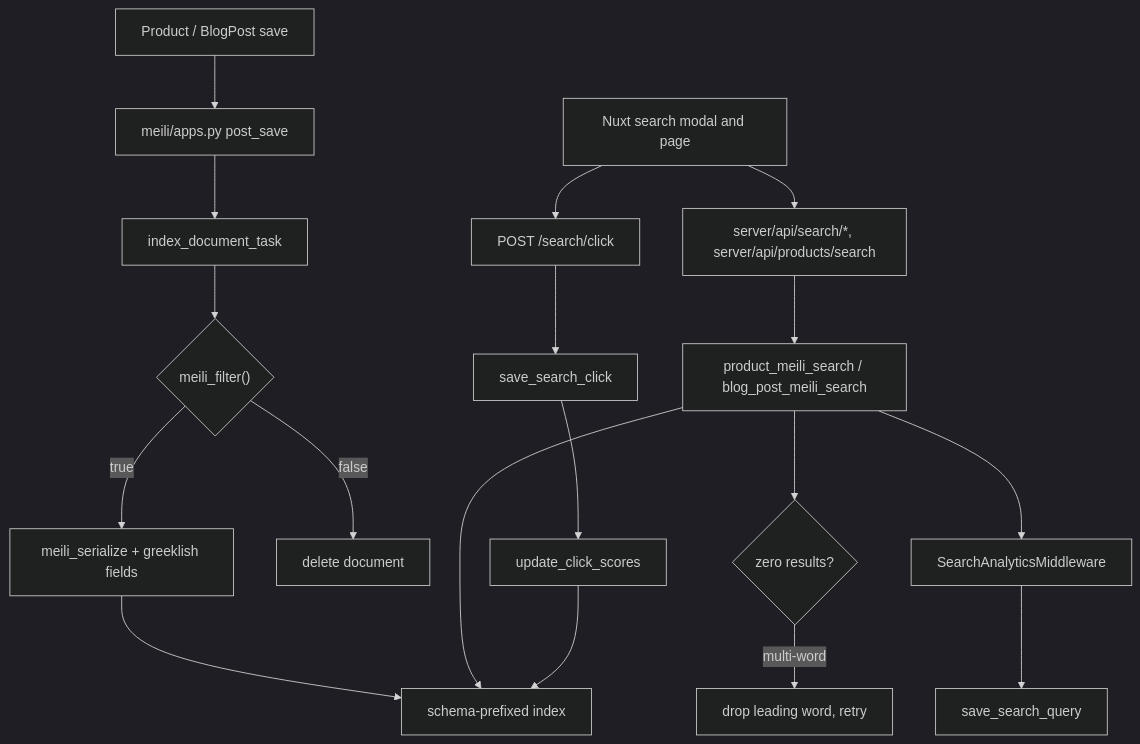
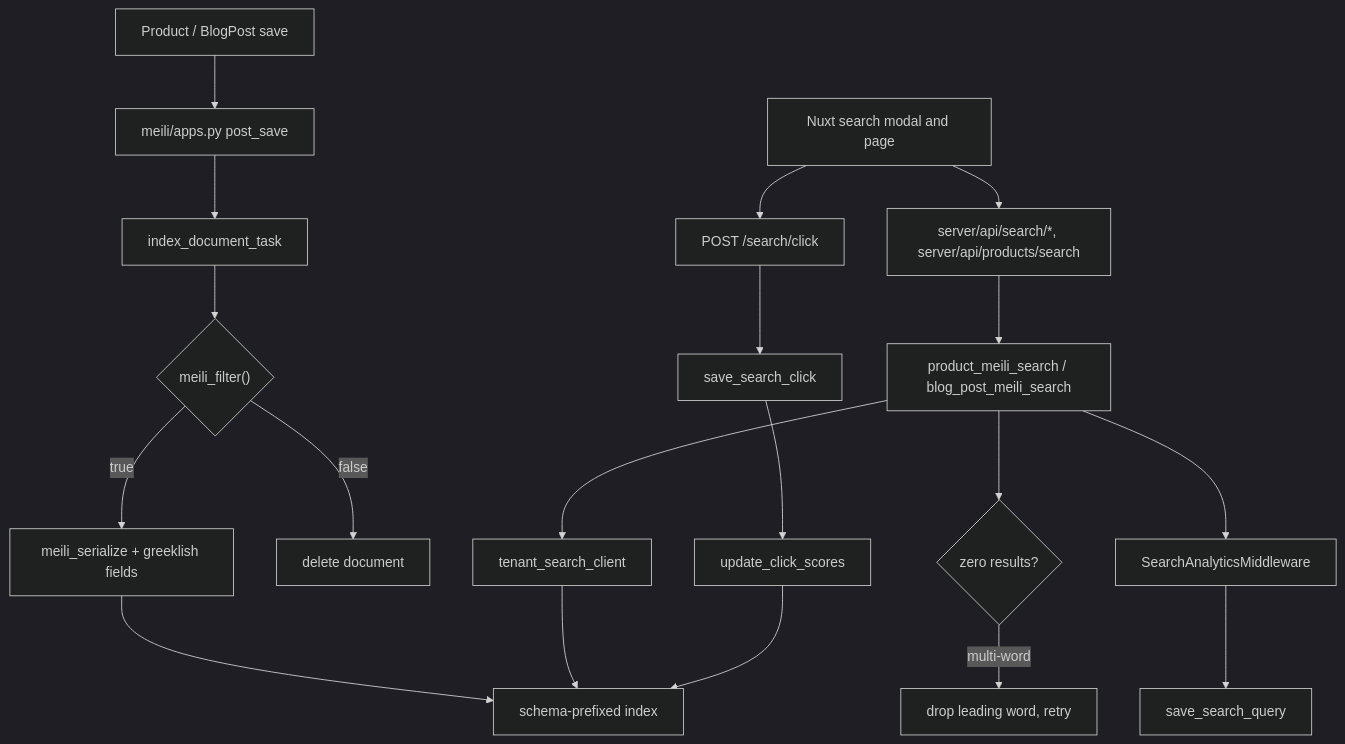
The diagram in src/dev/flows/search.md (vasilistotskas/grooveshop-docs), drawn with Mermaid (dark theme) before and after one commit. The commit also changed other lines of this file, not shown here.

First line of the commit message:
docs(dev): product and blog search read through the tenant token

````diff
--- a/src/dev/flows/search.md
+++ b/src/dev/flows/search.md
@@ -21,21 +21,22 @@
 ```mermaid
 flowchart TD
   Save["Product / BlogPost save"] --> Sig["meili/apps.py post_save"]
   Sig --> Task["index_document_task"]
   Task --> Filt{"meili_filter()"}
   Filt -- "true" --> Ser["meili_serialize + greeklish fields"]
   Filt -- "false" --> Del["delete document"]
   Ser --> Idx["schema-prefixed index"]
 
   UI["Nuxt search modal and page"] --> NR["server/api/search/*, server/api/products/search"]
   NR --> DV["product_meili_search / blog_post_meili_search"]
-  DV --> Idx
+  DV --> Scoped["tenant_search_client"]
+  Scoped --> Idx
   DV --> Retry{"zero results?"}
   Retry -- "multi-word" --> Relax["drop leading word, retry"]
   DV --> MW["SearchAnalyticsMiddleware"]
   MW --> Q["save_search_query"]
   UI --> Click["POST /search/click"]
   Click --> C["save_search_click"]
   C --> Score["update_click_scores"]
   Score --> Idx
 ```
````
